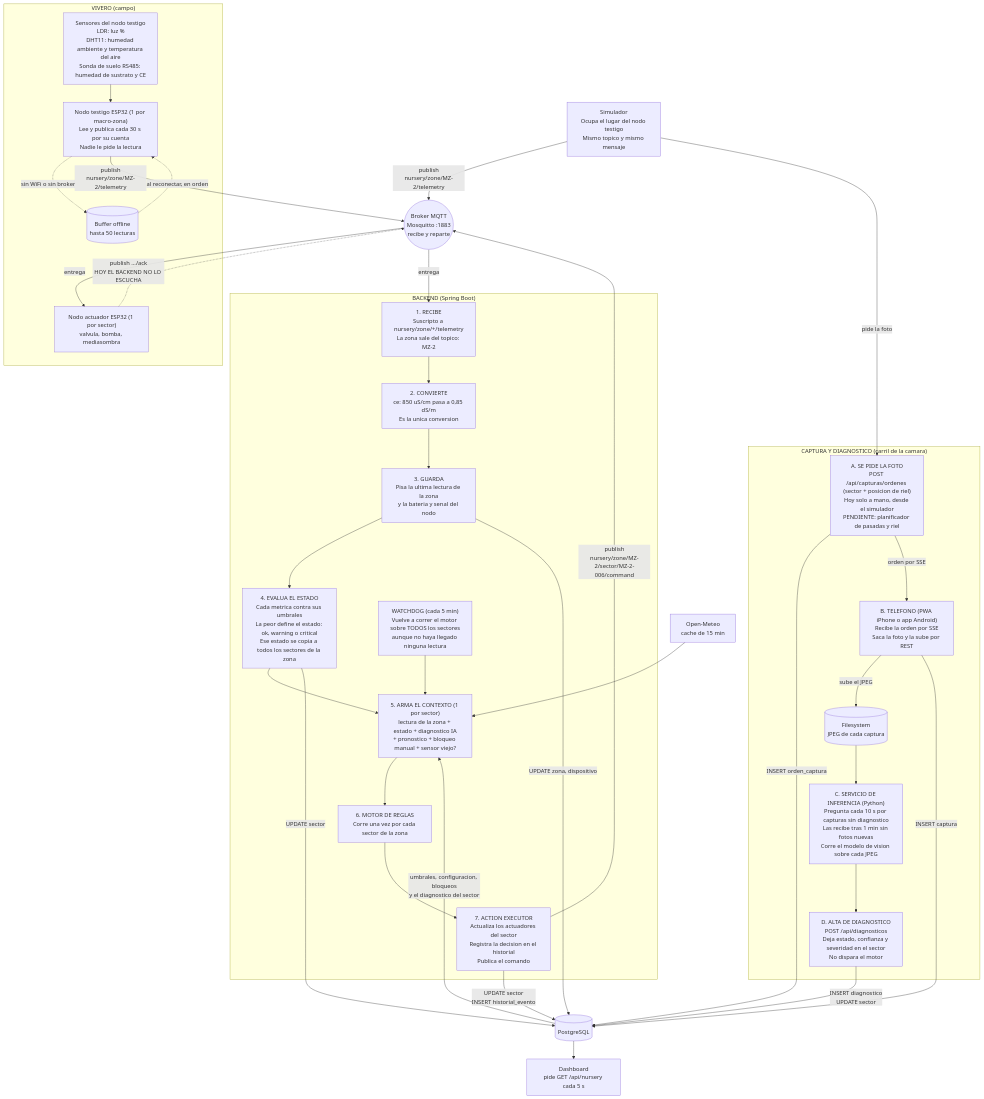
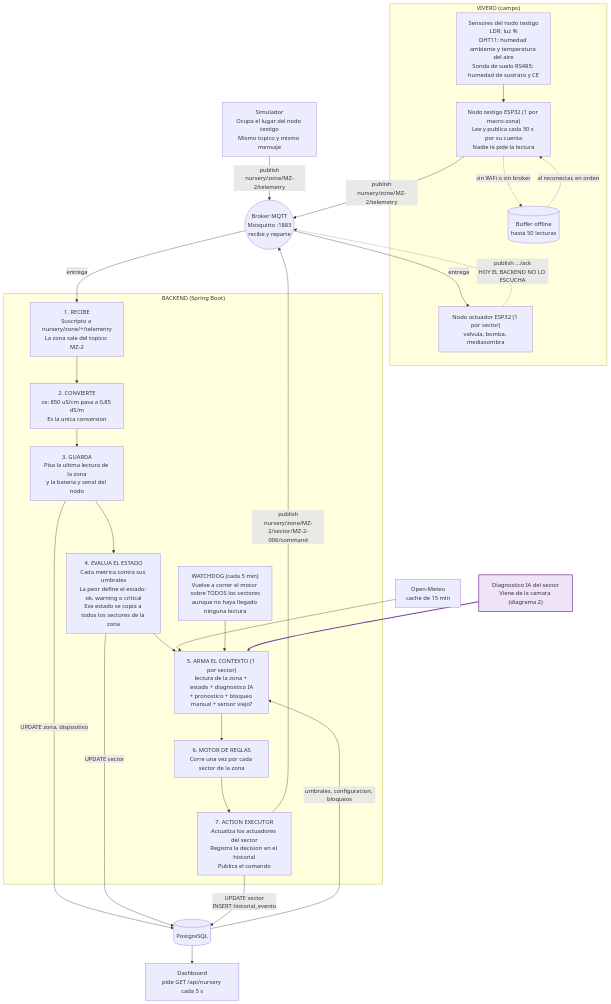
One commit to ssgalo/Yerbanalytics changed the first of 3 diagrams in docs-motor-reglas/circuito-sensado-a-motor.md. Above: the diagram before and after it, drawn with Mermaid. The commit also changed other lines of this file, not shown here.

Commit message:
docs: separar el carril de la cámara en un diagrama propio

````diff
--- a/docs-motor-reglas/circuito-sensado-a-motor.md
+++ b/docs-motor-reglas/circuito-sensado-a-motor.md
@@ -16,63 +16,52 @@
 ```mermaid
 flowchart TD
     subgraph CAMPO["VIVERO (campo)"]
         SENS["Sensores del nodo testigo<br/>LDR: luz %<br/>DHT11: humedad ambiente y temperatura del aire<br/>Sonda de suelo RS485: humedad de sustrato y CE"]
         NODO["Nodo testigo ESP32 (1 por macro-zona)<br/>Lee y publica cada 30 s por su cuenta<br/>Nadie le pide la lectura"]
         BUF[("Buffer offline<br/>hasta 50 lecturas")]
         ACT["Nodo actuador ESP32 (1 por sector)<br/>valvula, bomba, mediasombra"]
     end
 
     SIM["Simulador<br/>Ocupa el lugar del nodo testigo<br/>Mismo topico y mismo mensaje"]
 
     BROKER(("Broker MQTT<br/>Mosquitto :1883<br/>recibe y reparte"))
 
     subgraph BACK["BACKEND (Spring Boot)"]
         P1["1. RECIBE<br/>Suscripto a nursery/zone/+/telemetry<br/>La zona sale del topico: MZ-2"]
         P2["2. CONVIERTE<br/>ce: 850 uS/cm pasa a 0,85 dS/m<br/>Es la unica conversion"]
         P3["3. GUARDA<br/>Pisa la ultima lectura de la zona<br/>y la bateria y senal del nodo"]
         P4["4. EVALUA EL ESTADO<br/>Cada metrica contra sus umbrales<br/>La peor define el estado: ok, warning o critical<br/>Ese estado se copia a todos los sectores de la zona"]
         P5["5. ARMA EL CONTEXTO (1 por sector)<br/>lectura de la zona + estado + diagnostico IA<br/>+ pronostico + bloqueo manual + sensor viejo?"]
         P6["6. MOTOR DE REGLAS<br/>Corre una vez por cada sector de la zona"]
         P7["7. ACTION EXECUTOR<br/>Actualiza los actuadores del sector<br/>Registra la decision en el historial<br/>Publica el comando"]
         WD["WATCHDOG (cada 5 min)<br/>Vuelve a correr el motor sobre TODOS los sectores<br/>aunque no haya llegado ninguna lectura"]
     end
 
-    subgraph CAM["CAPTURA Y DIAGNOSTICO (carril de la camara)"]
-        CA["A. SE PIDE LA FOTO<br/>POST /api/capturas/ordenes (sector + posicion de riel)<br/>Hoy solo a mano, desde el simulador<br/>PENDIENTE: planificador de pasadas y riel"]
-        CB["B. TELEFONO (PWA iPhone o app Android)<br/>Recibe la orden por SSE<br/>Saca la foto y la sube por REST"]
-        FS[("Filesystem<br/>JPEG de cada captura")]
-        CC["C. SERVICIO DE INFERENCIA (Python)<br/>Pregunta cada 10 s por capturas sin diagnostico<br/>Las recibe tras 1 min sin fotos nuevas<br/>Corre el modelo de vision sobre cada JPEG"]
-        CD["D. ALTA DE DIAGNOSTICO<br/>POST /api/diagnosticos<br/>Deja estado, confianza y severidad en el sector<br/>No dispara el motor"]
-    end
-
     DB[("PostgreSQL")]
     CLIMA["Open-Meteo<br/>cache de 15 min"]
     DASH["Dashboard<br/>pide GET /api/nursery cada 5 s"]
 
     SENS --> NODO
     NODO -. "sin WiFi o sin broker" .-> BUF
     BUF -. "al reconectar, en orden" .-> NODO
     NODO -- "publish<br/>nursery/zone/MZ-2/telemetry" --> BROKER
     SIM -- "publish<br/>nursery/zone/MZ-2/telemetry" --> BROKER
     BROKER -- "entrega" --> P1
     P1 --> P2 --> P3 --> P4 --> P5 --> P6 --> P7
     P3 -- "UPDATE zona, dispositivo" --> DB
     P4 -- "UPDATE sector" --> DB
     CLIMA --> P5
-    DB -- "umbrales, configuracion, bloqueos<br/>y el diagnostico del sector" --> P5
+    DB -- "umbrales, configuracion, bloqueos" --> P5
     WD --> P5
     P7 -- "UPDATE sector<br/>INSERT historial_evento" --> DB
     P7 -- "publish<br/>nursery/zone/MZ-2/sector/MZ-2-006/command" --> BROKER
     BROKER -- "entrega" --> ACT
     ACT -. "publish .../ack<br/>HOY EL BACKEND NO LO ESCUCHA" .-> BROKER
     DB --> DASH
 
-    SIM -- "pide la foto" --> CA
-    CA -- "INSERT orden_captura" --> DB
-    CA -- "orden por SSE" --> CB
-    CB -- "sube el JPEG" --> FS
-    CB -- "INSERT captura" --> DB
-    FS --> CC
-    CC --> CD
-    CD -- "INSERT diagnostico<br/>UPDATE sector" --> DB
+    CAMARA["Diagnostico IA del sector<br/>Viene de la camara (diagrama 2)"]
+    CAMARA --> P5
+
+    style CAMARA fill:#efe3f7,stroke:#7b3fa0,stroke-width:2px
+    linkStyle 22 stroke:#7b3fa0,stroke-width:3px
 ```
````
